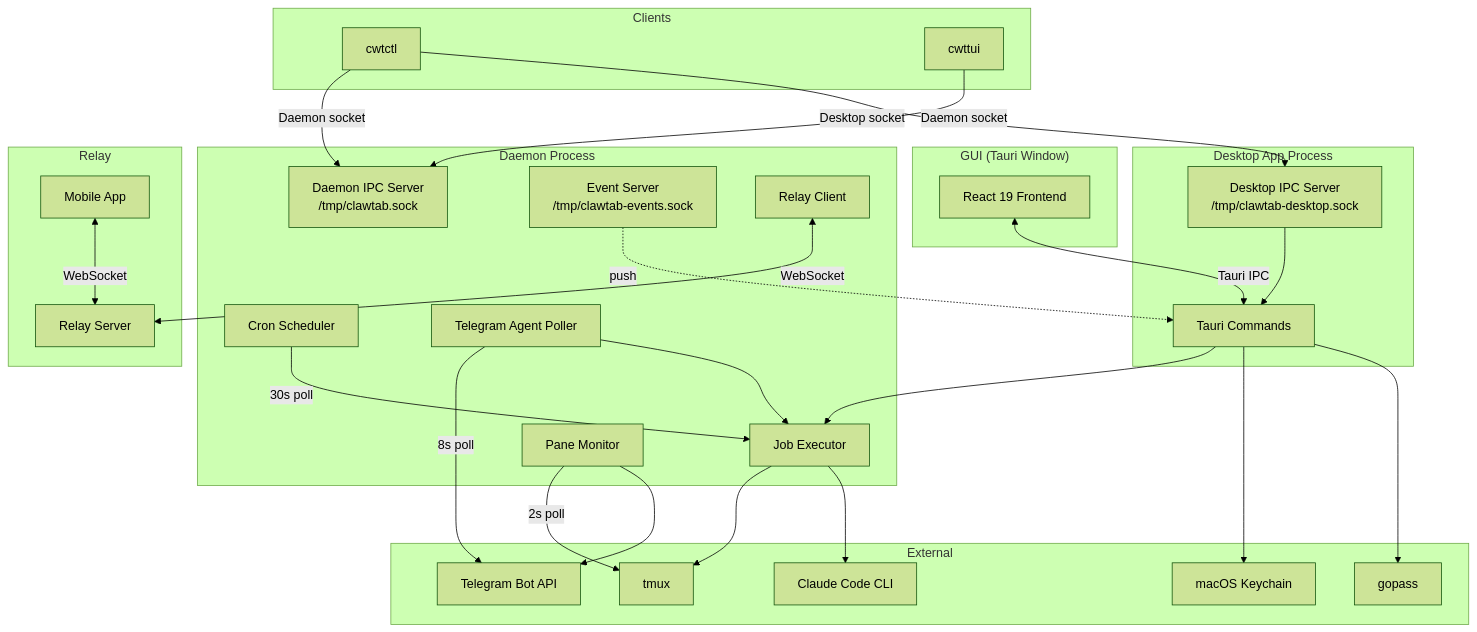
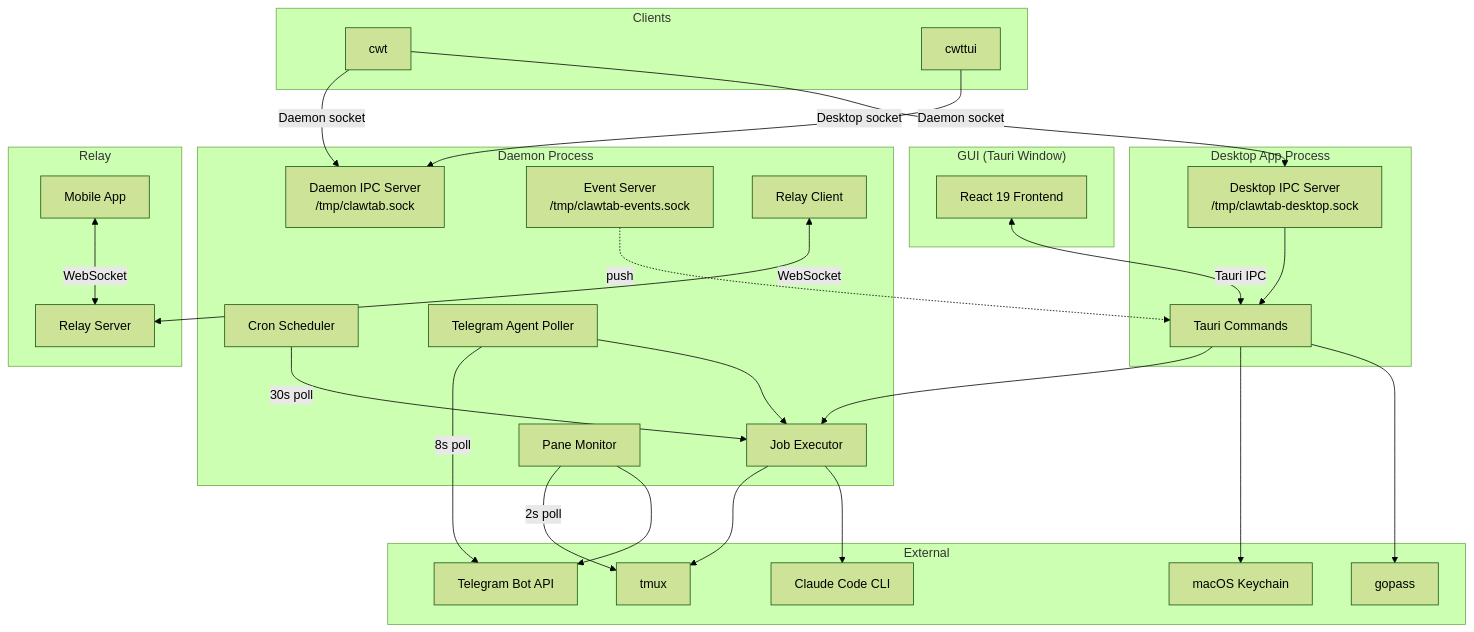
Before and after one commit to tonisives/clawtab: the first of 2 diagrams in docs/architecture.md, drawn with Mermaid (forest theme). The commit also changed other lines of this file and 74 other files, not shown here.

Commit message:
Rename the ClawTab CLI from cwtctl to cwt

````diff
--- a/docs/architecture.md
+++ b/docs/architecture.md
@@ -5,58 +5,58 @@
 ```mermaid
 graph TB
     subgraph GUI["GUI (Tauri Window)"]
         React["React 19 Frontend"]
     end
 
     subgraph DesktopProc["Desktop App Process"]
         Commands["Tauri Commands"]
         DesktopIpc["Desktop IPC Server\n/tmp/clawtab-desktop.sock"]
     end
 
     subgraph DaemonProc["Daemon Process"]
         Scheduler["Cron Scheduler"]
         Executor["Job Executor"]
         Monitor["Pane Monitor"]
         IpcServer["Daemon IPC Server\n/tmp/clawtab.sock"]
         EventServer["Event Server\n/tmp/clawtab-events.sock"]
         TgPoller["Telegram Agent Poller"]
         RelayConn["Relay Client"]
     end
 
     subgraph External["External"]
         Tmux["tmux"]
         Claude["Claude Code CLI"]
         Keychain["macOS Keychain"]
         Gopass["gopass"]
         TgAPI["Telegram Bot API"]
     end
 
     subgraph Relay["Relay"]
         RelayServer["Relay Server"]
         Mobile["Mobile App"]
     end
 
     subgraph Clients["Clients"]
-        CLI["cwtctl"]
+        CLI["cwt"]
         TUI["cwttui"]
     end
 
     React <-->|Tauri IPC| Commands
     Commands --> Executor
     Scheduler -->|30s poll| Executor
     Executor --> Tmux
     Executor --> Claude
     Monitor -->|2s poll| Tmux
     Monitor --> TgAPI
     Commands --> Keychain
     Commands --> Gopass
     TgPoller -->|8s poll| TgAPI
     TgPoller --> Executor
     CLI -->|Daemon socket| IpcServer
     CLI -->|Desktop socket| DesktopIpc
     TUI -->|Daemon socket| IpcServer
     DesktopIpc --> Commands
     EventServer -.->|push| Commands
     RelayConn <-->|WebSocket| RelayServer
     Mobile <-->|WebSocket| RelayServer
 ```
````
